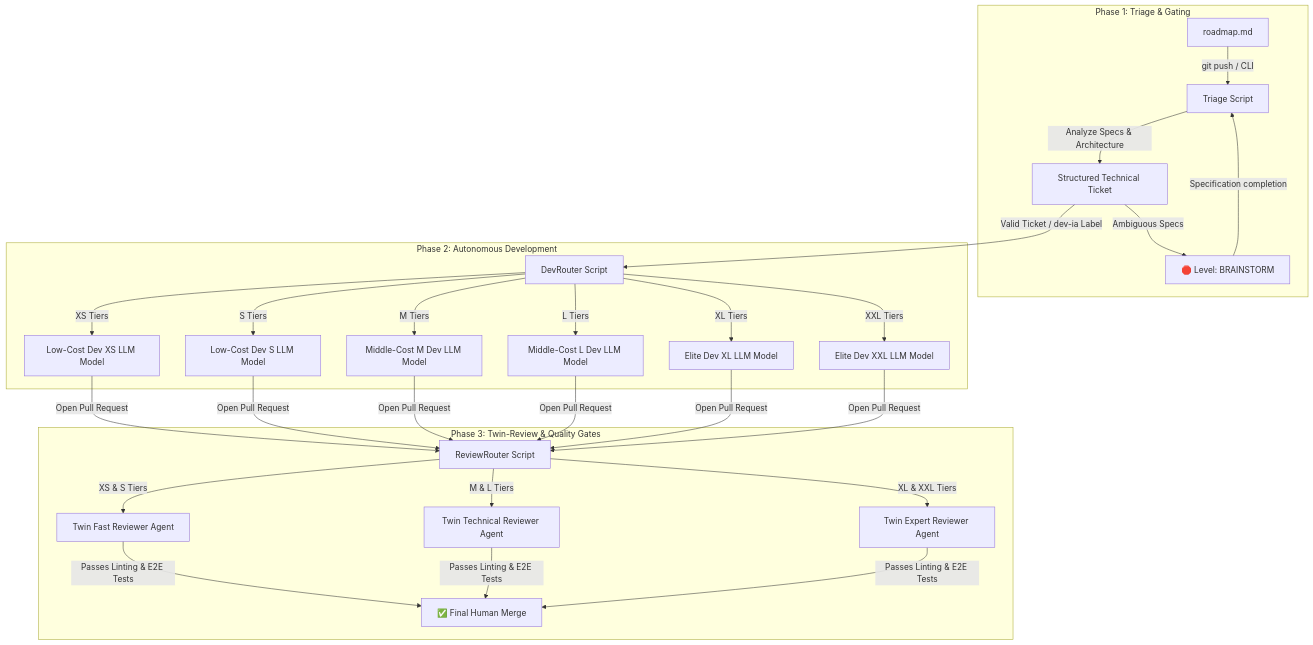
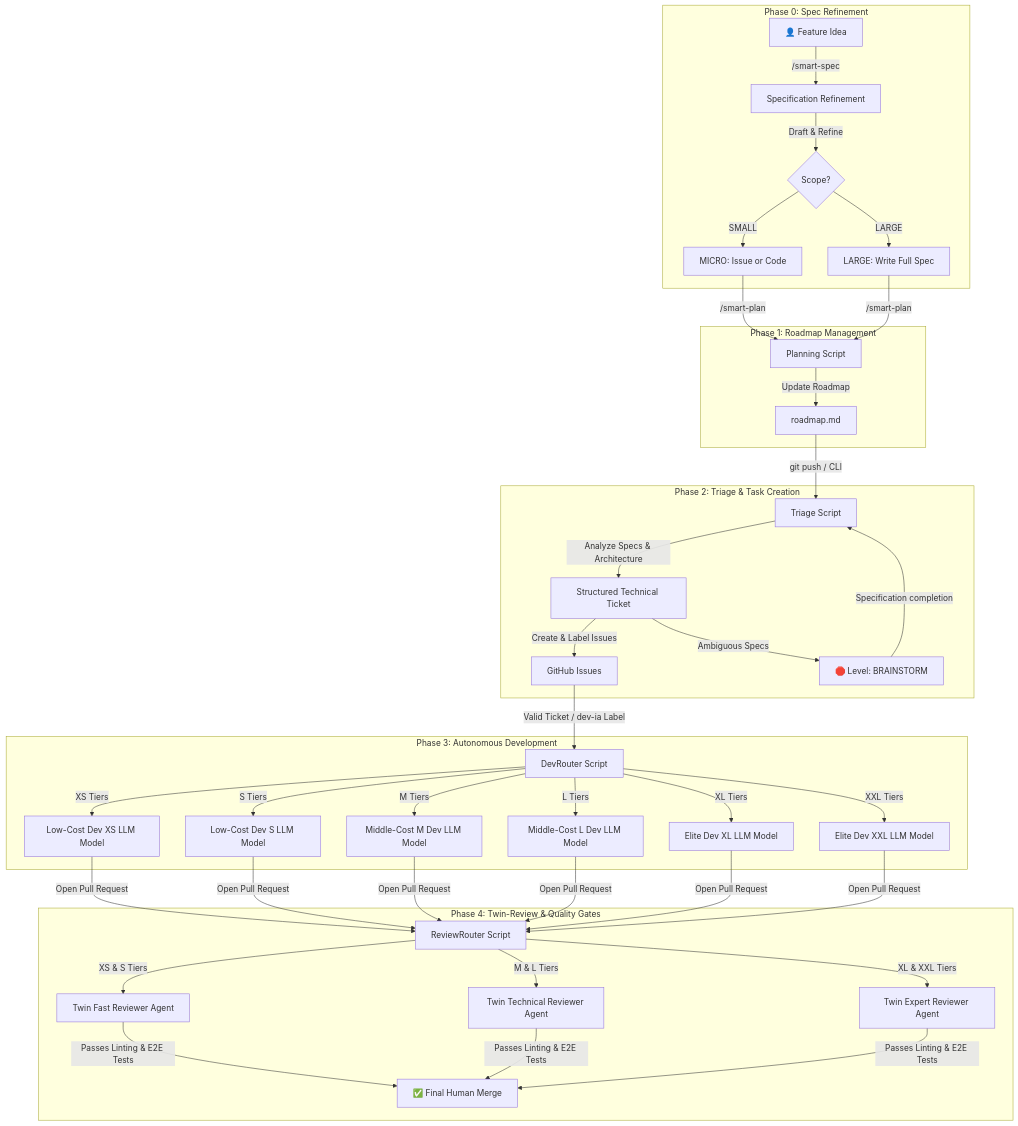
Before and after one commit to fletort/smart-ai-factory: the diagram in README.md, drawn with Mermaid. The commit also changed other lines of this file and 27 other files, not shown here.

Commit message:
feat: add smart_spec skill with full promptfoo unit test (#14)

````diff
--- a/README.md
+++ b/README.md
@@ -18,36 +18,50 @@
 ```mermaid
 graph TD
-    subgraph Phase 1: Triage & Gating
-        RM[roadmap.md] -->|git push / CLI| TR[Triage Script]
+    subgraph Phase 0: Spec Refinement
+        IDEA["👤 Feature Idea"] -->|/smart-spec| SR[Specification Refinement]
+        SR -->|Draft & Refine| CHECK{Scope?}
+        CHECK -->|SMALL| CASE12["MICRO: Issue or Code"]
+        CHECK -->|LARGE| CASE3["LARGE: Write Full Spec"]
+    end
+
+    subgraph Phase 1: Roadmap Management
+        CASE12 -->|/smart-plan| PLAN[Planning Script]
+        CASE3 -->|/smart-plan| PLAN
+        PLAN -->|Update Roadmap| RM[roadmap.md]
+    end
+
+    subgraph Phase 2: Triage & Task Creation
+        RM -->|git push / CLI| TR[Triage Script]
         TR -->|Analyze Specs & Architecture| JSON[Structured Technical Ticket]
+        JSON -->|Create & Label Issues| GH[GitHub Issues]
         JSON -->|Ambiguous Specs| BS[🛑 Level: BRAINSTORM]
         BS -->|Specification completion| TR
     end
 
-    subgraph Phase 2: Autonomous Development
-        JSON -->|Valid Ticket / dev-ia Label| DEV[DevRouter Script]
+    subgraph Phase 3: Autonomous Development
+        GH -->|Valid Ticket / dev-ia Label| DEV[DevRouter Script]
         DEV -->|XS Tiers| XS_DEV[Low-Cost Dev XS LLM Model]
         DEV -->|S Tiers| S_DEV[Low-Cost Dev S LLM Model]
         DEV -->|M Tiers| M_DEV[Middle-Cost M Dev LLM Model]
         DEV -->|L Tiers| L_DEV[Middle-Cost L Dev LLM Model]
         DEV -->|XL Tiers| XL_DEV[Elite Dev XL LLM Model]
         DEV -->|XXL Tiers| XXL_DEV[Elite Dev XXL LLM Model]
     end
 
-    subgraph Phase 3: Twin-Review & Quality Gates
+    subgraph Phase 4: Twin-Review & Quality Gates
         XS_DEV -->|Open Pull Request| REV[ReviewRouter Script]
         S_DEV -->|Open Pull Request| REV
         M_DEV -->|Open Pull Request| REV
         L_DEV -->|Open Pull Request| REV
         XL_DEV -->|Open Pull Request| REV
         XXL_DEV -->|Open Pull Request| REV
 
         REV -->|XS & S Tiers| REV_FAST[Twin Fast Reviewer Agent]
         REV -->|M & L Tiers| REV_TECH[Twin Technical Reviewer Agent]
         REV -->|XL & XXL Tiers| REV_ARCHI[Twin Expert Reviewer Agent]
 
         REV_FAST -->|Passes Linting & E2E Tests| MRG[✅ Final Human Merge]
         REV_TECH -->|Passes Linting & E2E Tests| MRG
         REV_ARCHI -->|Passes Linting & E2E Tests| MRG
     end
 ```
````
